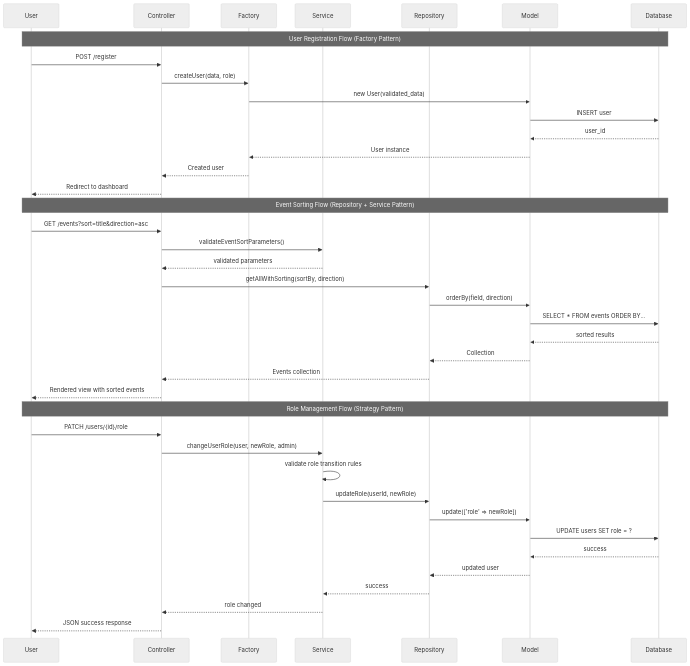
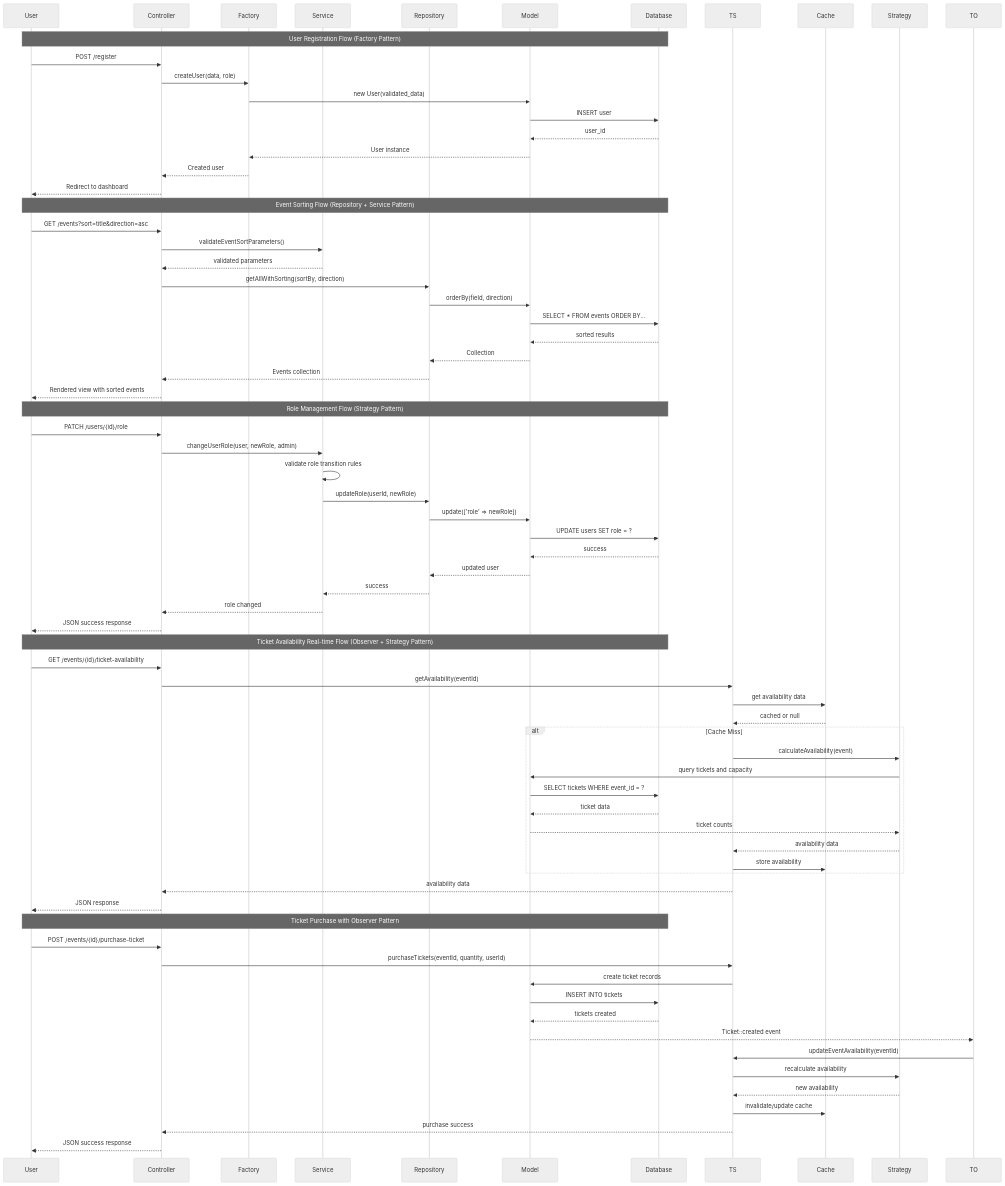
Before and after one commit to Event-Management-Ticketing-System-EMTS/Event-Management-Ticketing-System: the second of 11 diagrams in ARCHITECTURE.md, drawn with Mermaid (neutral theme). The commit also changed other lines of this file and 1 other file, not shown here.

Commit message:
feat: Enhance ticket management system with real-time availability and observer pattern integration

````diff
--- a/ARCHITECTURE.md
+++ b/ARCHITECTURE.md
@@ -45,45 +51,76 @@
 ```mermaid
 sequenceDiagram
     participant U as User
     participant C as Controller
     participant F as Factory
     participant S as Service
     participant R as Repository
     participant M as Model
     participant DB as Database
 
     Note over U,DB: User Registration Flow (Factory Pattern)
     U->>C: POST /register
     C->>F: createUser(data, role)
     F->>M: new User(validated_data)
     M->>DB: INSERT user
     DB-->>M: user_id
     M-->>F: User instance
     F-->>C: Created user
     C-->>U: Redirect to dashboard
 
     Note over U,DB: Event Sorting Flow (Repository + Service Pattern)
     U->>C: GET /events?sort=title&direction=asc
     C->>S: validateEventSortParameters()
     S-->>C: validated parameters
     C->>R: getAllWithSorting(sortBy, direction)
     R->>M: orderBy(field, direction)
     M->>DB: SELECT * FROM events ORDER BY...
     DB-->>M: sorted results
     M-->>R: Collection
     R-->>C: Events collection
     C-->>U: Rendered view with sorted events
 
     Note over U,DB: Role Management Flow (Strategy Pattern)
     U->>C: PATCH /users/{id}/role
     C->>S: changeUserRole(user, newRole, admin)
     S->>S: validate role transition rules
     S->>R: updateRole(userId, newRole)
     R->>M: update(['role' => newRole])
     M->>DB: UPDATE users SET role = ?
     DB-->>M: success
     M-->>R: updated user
     R-->>S: success
     S-->>C: role changed
     C-->>U: JSON success response
+
+    Note over U,DB: Ticket Availability Real-time Flow (Observer + Strategy Pattern)
+    U->>C: GET /events/{id}/ticket-availability
+    C->>TS: getAvailability(eventId)
+    TS->>Cache: get availability data
+    Cache-->>TS: cached or null
+    alt Cache Miss
+        TS->>Strategy: calculateAvailability(event)
+        Strategy->>M: query tickets and capacity
+        M->>DB: SELECT tickets WHERE event_id = ?
+        DB-->>M: ticket data
+        M-->>Strategy: ticket counts
+        Strategy-->>TS: availability data
+        TS->>Cache: store availability
+    end
+    TS-->>C: availability data
+    C-->>U: JSON response
+
+    Note over U,DB: Ticket Purchase with Observer Pattern
+    U->>C: POST /events/{id}/purchase-ticket
+    C->>TS: purchaseTickets(eventId, quantity, userId)
+    TS->>M: create ticket records
+    M->>DB: INSERT INTO tickets
+    DB-->>M: tickets created
+    M-->>TO: Ticket::created event
+    TO->>TS: updateEventAvailability(eventId)
+    TS->>Strategy: recalculate availability
+    Strategy-->>TS: new availability
+    TS->>Cache: invalidate/update cache
+    TS-->>C: purchase success
+    C-->>U: JSON success response
 ```
````
